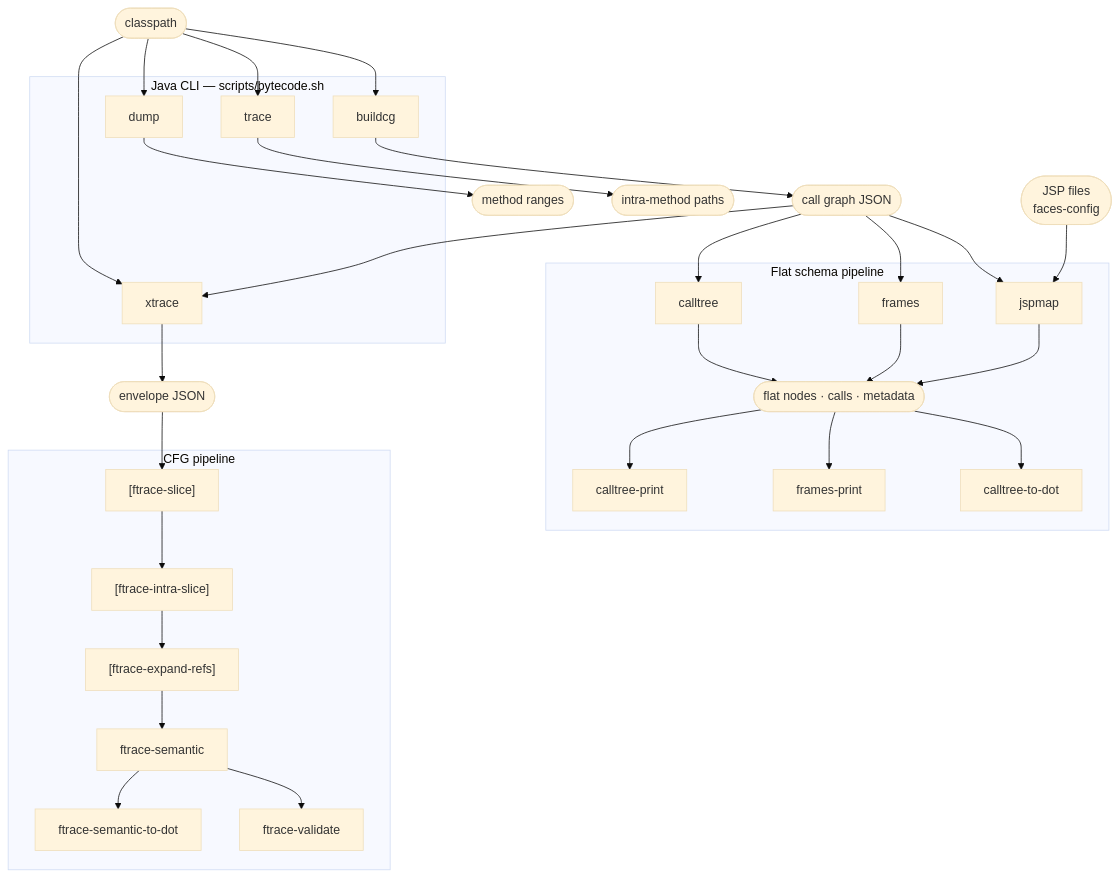
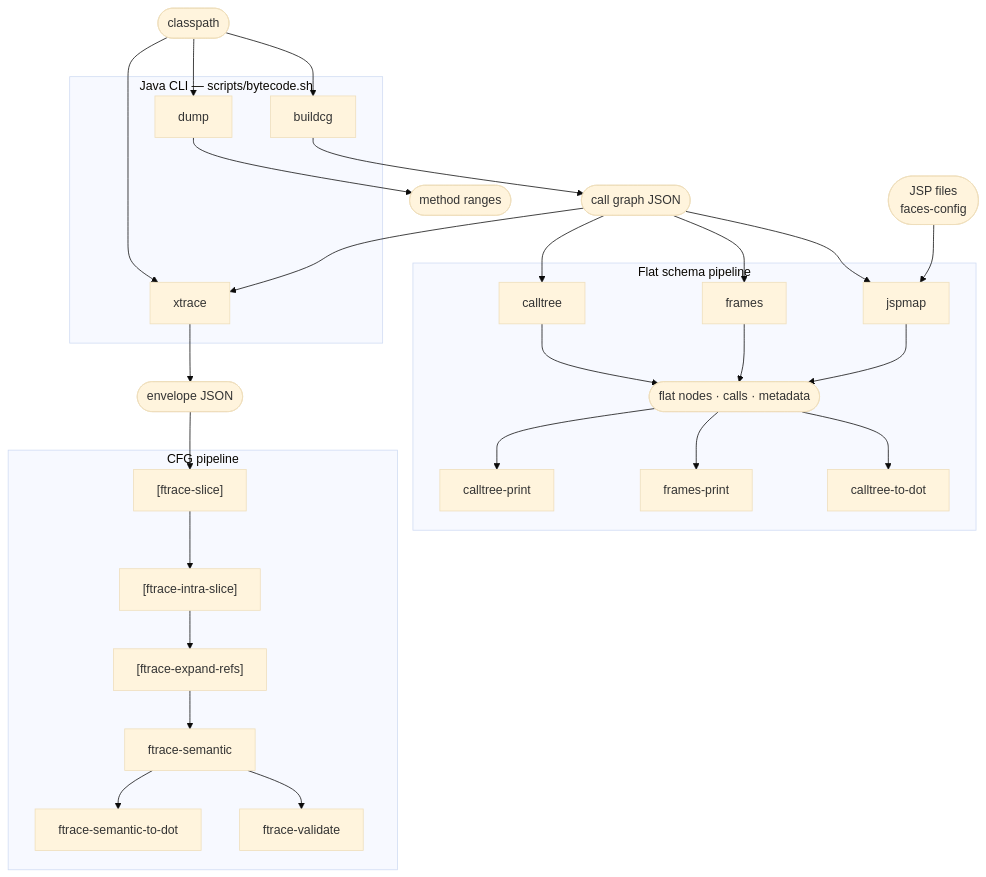
One commit to avishek-sen-gupta/java-bytecode-tools changed the diagram in README.md. Above: the diagram before and after it, drawn with Mermaid (base theme). The commit also changed other lines of this file and 3 other files, not shown here.

````diff
--- a/README.md
+++ b/README.md
@@ -44,45 +43,43 @@
 ```mermaid
 flowchart TD
     classpath([classpath])
     jsps([JSP files\nfaces-config])
 
     subgraph java ["Java CLI — scripts/bytecode.sh"]
         dump[dump]
-        trace[trace]
         buildcg[buildcg]
         xtrace[xtrace]
     end
 
     subgraph py_flat ["Flat schema pipeline"]
         calltree[calltree]
         frames[frames]
         jspmap[jspmap]
         flat([flat nodes · calls · metadata])
         cp[calltree-print]
         fp[frames-print]
         ctd[calltree-to-dot]
     end
 
     subgraph py_cfg ["CFG pipeline"]
         fslice["[ftrace-slice]"]
         fisl["[ftrace-intra-slice]"]
         fexpand["[ftrace-expand-refs]"]
         fsem[ftrace-semantic]
         fsdot[ftrace-semantic-to-dot]
         fval[ftrace-validate]
     end
 
-    classpath --> dump & trace & buildcg & xtrace
+    classpath --> dump & buildcg & xtrace
     dump --> mrange([method ranges])
-    trace --> intra([intra-method paths])
     buildcg --> cg([call graph JSON])
     cg --> xtrace & calltree & frames & jspmap
     jsps --> jspmap
 
     calltree & frames & jspmap --> flat
     flat --> cp & fp & ctd
 
     xtrace --> env([envelope JSON])
     env --> fslice --> fisl --> fexpand --> fsem
     fsem --> fsdot & fval
 ```
````
